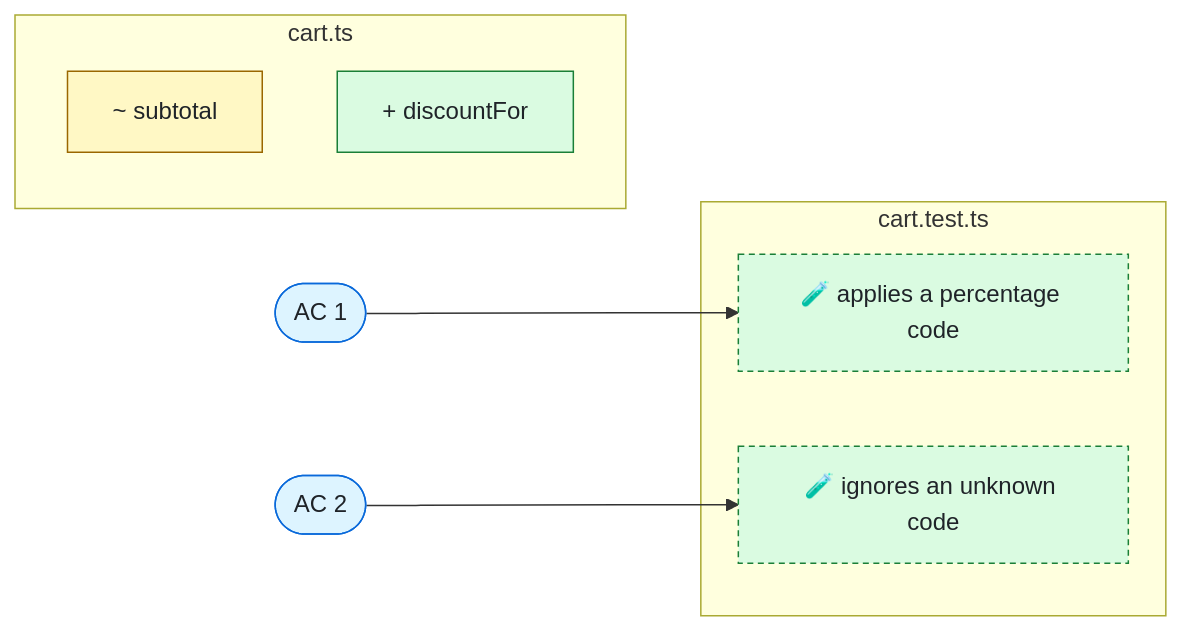
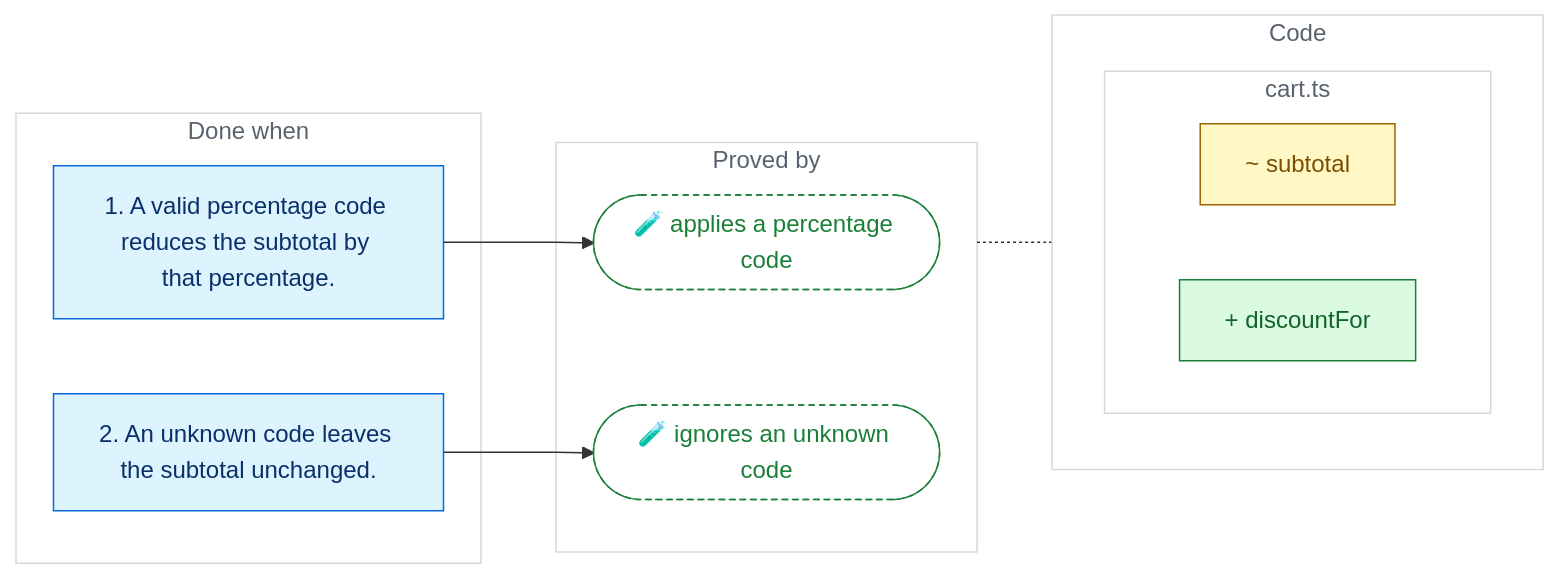
The diagram in .github/storyplan/tests/fixtures/STORY-7.md (Software-SE-Pod/storyplan), drawn with Mermaid before and after one commit. The commit also changed other lines of this file and 3 other files, not shown here.

First line of the commit message:
Issue reads like a story: diagram + one typed 'what changes' block

````diff
--- a/.github/storyplan/tests/fixtures/STORY-7.md
+++ b/.github/storyplan/tests/fixtures/STORY-7.md
@@ -19,20 +5,28 @@
 ```mermaid
 flowchart LR
-  classDef add fill:#dafbe1,stroke:#1a7f37,color:#1f2328
-  classDef mod fill:#fff8c5,stroke:#9a6700,color:#1f2328
-  classDef del fill:#ffebe9,stroke:#cf222e,color:#1f2328
-  classDef ac fill:#ddf4ff,stroke:#0969da,color:#1f2328
-  classDef test fill:#dafbe1,stroke:#1a7f37,color:#1f2328,stroke-dasharray:4 3
-  subgraph f0["cart.ts"]
-    n0_0["~ subtotal"]:::mod
-    n0_1_0["+ discountFor"]:::add
+  classDef ac fill:#ddf4ff,stroke:#0969da,color:#0a3069
+  classDef gap fill:#ffebe9,stroke:#cf222e,color:#a40e26
+  classDef test fill:#ffffff,stroke:#1a7f37,color:#1a7f37,stroke-dasharray:4 3
+  classDef add fill:#dafbe1,stroke:#1a7f37,color:#116329
+  classDef mod fill:#fff8c5,stroke:#9a6700,color:#7d4e00
+  classDef del fill:#ffebe9,stroke:#cf222e,color:#a40e26
+  classDef box fill:#ffffff,stroke:#d1d9e0,color:#59636e
+  subgraph done["Done when"]
+    ac1["1. A valid percentage code reduces the subtotal by that percentage."]:::ac
+    ac2["2. An unknown code leaves the subtotal unchanged."]:::ac
   end
-  subgraph f1["cart.test.ts"]
-    n1_0_0["🧪 applies a percentage code"]:::test
-    n1_0_1["🧪 ignores an unknown code"]:::test
+  subgraph proof["Proved by"]
+    t0(["🧪 applies a percentage code"]):::test
+    t1(["🧪 ignores an unknown code"]):::test
   end
-  ac1(["AC 1"]):::ac
-  ac1 --> n1_0_0
-  ac2(["AC 2"]):::ac
-  ac2 --> n1_0_1
+  subgraph code["Code"]
+    subgraph f0["cart.ts"]
+      c0_0["~ subtotal"]:::mod
+      c0_1_0["+ discountFor"]:::add
+    end
+  end
+  ac1 --> t0
+  ac2 --> t1
+  proof -.- code
+  class done,proof,code,f0 box
 ```
````
